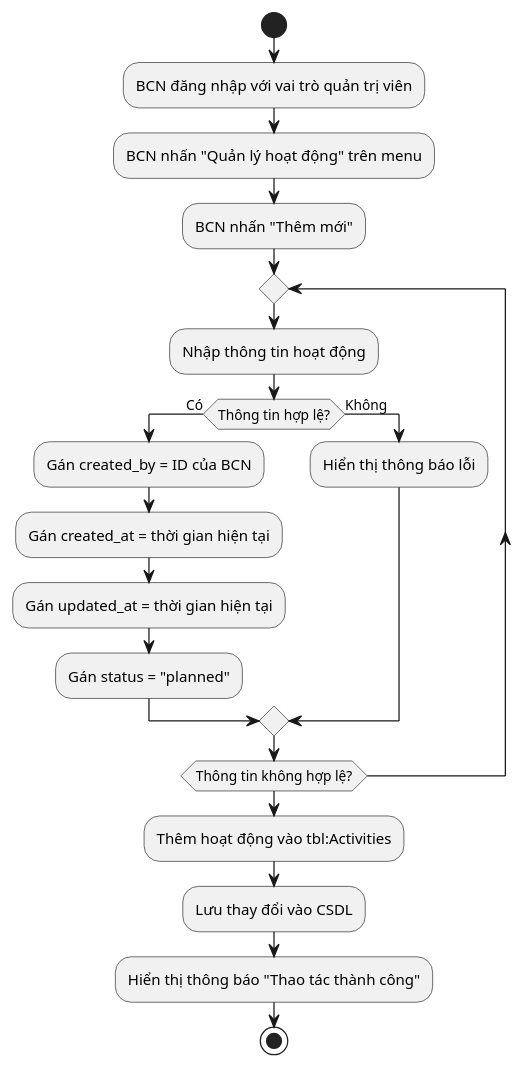
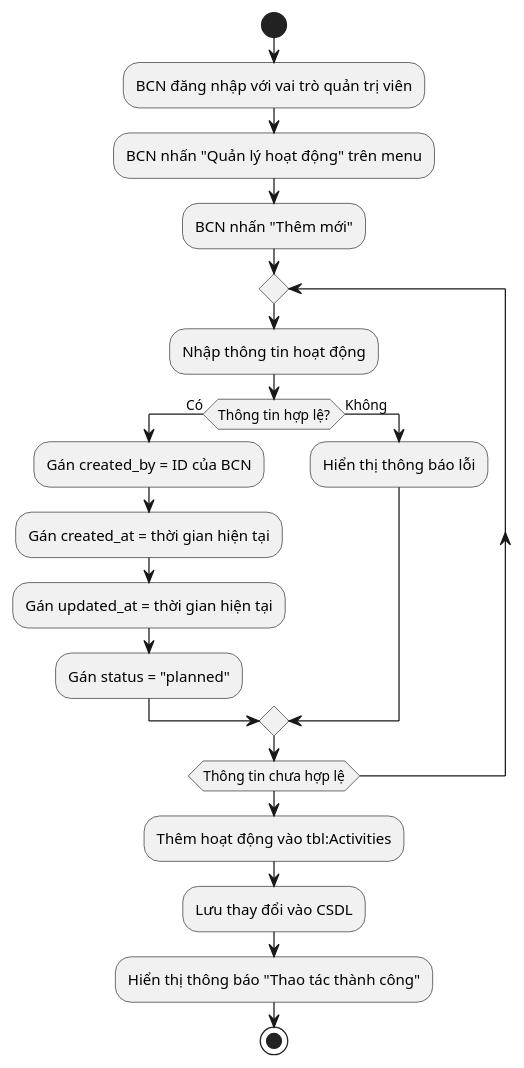
One commit to ThanhdatOris/BookClub_MS changed the diagram in z-d-sequences/ActivityAddNewActivity.puml. Above: the diagram before and after it, drawn with PlantUML. The commit also changed 7 other files, not shown here.

```diff
--- a/z-d-sequences/ActivityAddNewActivity.puml
+++ b/z-d-sequences/ActivityAddNewActivity.puml
@@ -1,37 +1,37 @@
 @startuml
 ' File: ActivityAddNewActivity.puml
 
 start
 
 ' Thiết lập thông tin ban đầu
 :BCN đăng nhập với vai trò quản trị viên;
 
 ' Bắt đầu quy trình thêm hoạt động
 :BCN nhấn "Quản lý hoạt động" trên menu;
 :BCN nhấn "Thêm mới";
 
 ' Nhập thông tin hoạt động
 repeat
     :Nhập thông tin hoạt động;
 
     ' Kiểm tra thông tin
     if (Thông tin hợp lệ?) then (Có)
         :Gán created_by = ID của BCN;
         :Gán created_at = thời gian hiện tại;
         :Gán updated_at = thời gian hiện tại;
         :Gán status = "planned";
     else (Không)
         :Hiển thị thông báo lỗi;
     endif
-repeat while (Thông tin không hợp lệ?)
+repeat while (Thông tin chưa hợp lệ)
 
 ' Lưu vào cơ sở dữ liệu
 :Thêm hoạt động vào tbl:Activities;
 :Lưu thay đổi vào CSDL;
 
 ' Thông báo kết quả
 :Hiển thị thông báo "Thao tác thành công";
 
 stop
 
 @enduml
```
